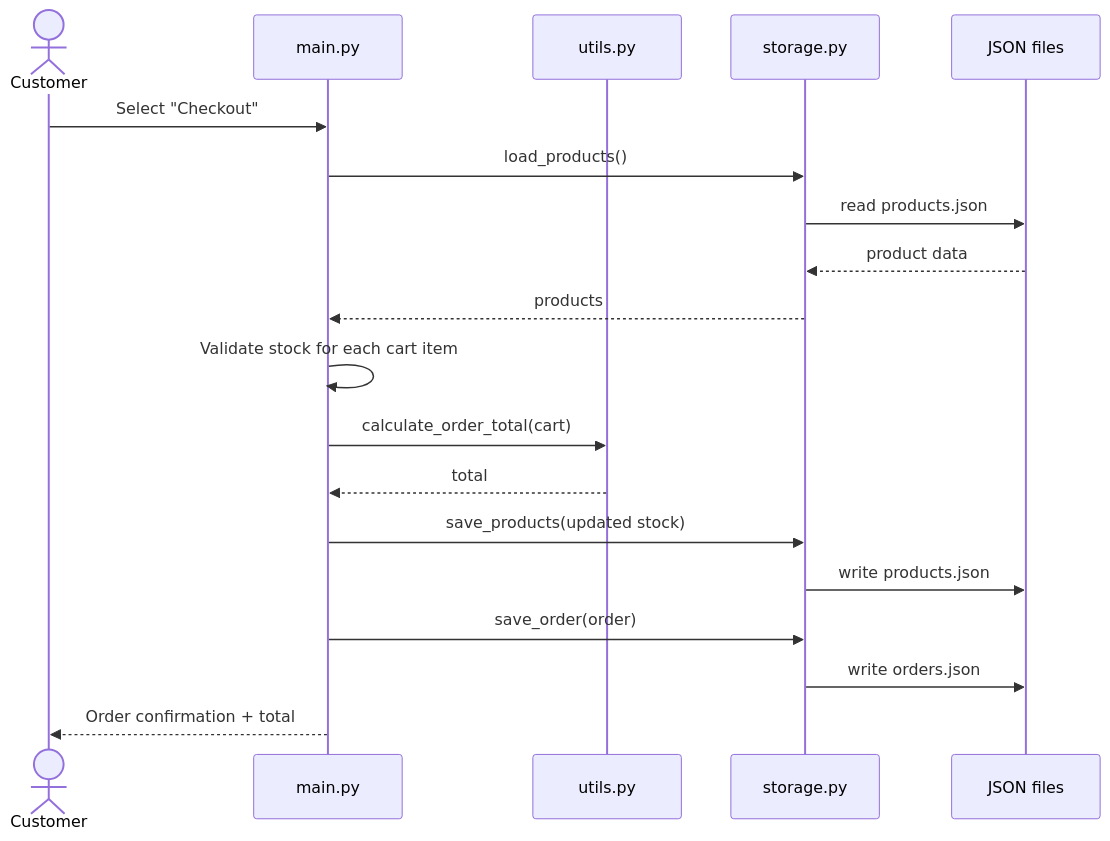
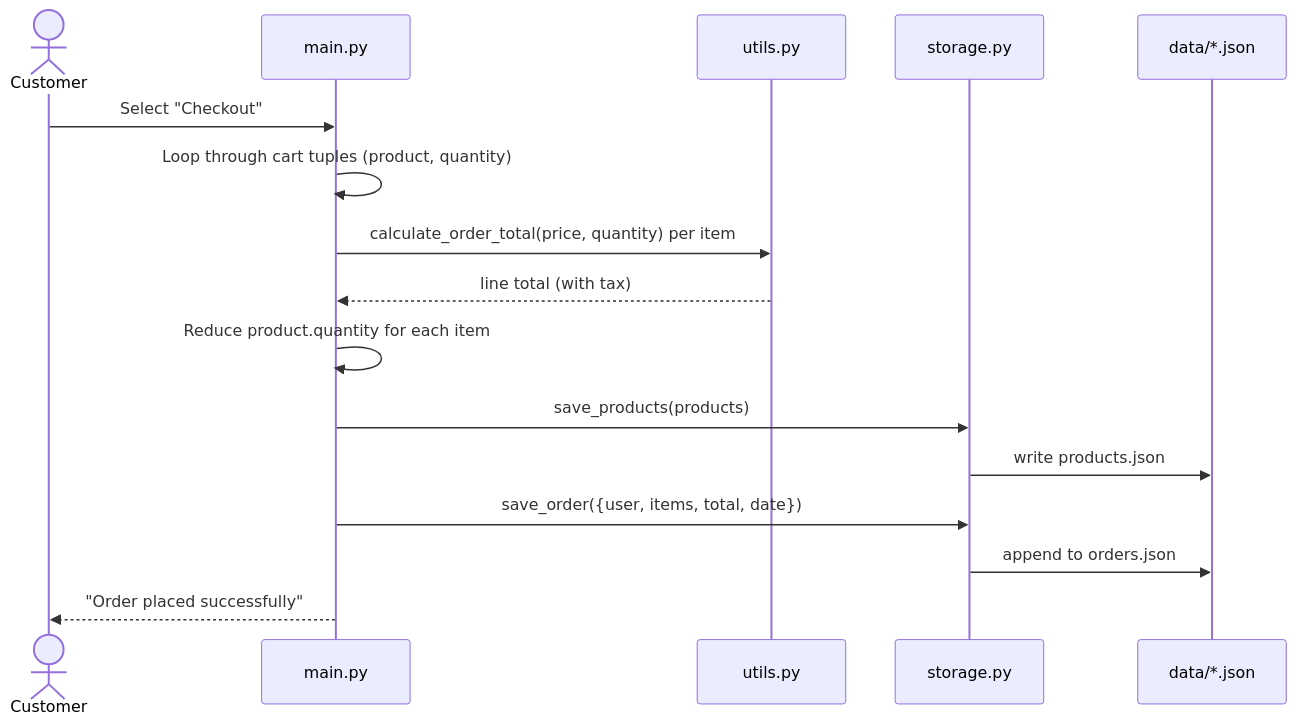
One commit to Tannu980/GreenCart changed the sixth of 8 diagrams in README.md. Above: the diagram before and after it, drawn with Mermaid. The commit also changed other lines of this file, not shown here.

````diff
--- a/README.md
+++ b/README.md
@@ -233,22 +229,19 @@
 ```mermaid
 sequenceDiagram
     actor C as Customer
     participant M as main.py
     participant U as utils.py
     participant S as storage.py
-    participant F as JSON files
+    participant F as data/*.json
 
     C->>M: Select "Checkout"
-    M->>S: load_products()
-    S->>F: read products.json
-    F-->>S: product data
-    S-->>M: products
-    M->>M: Validate stock for each cart item
-    M->>U: calculate_order_total(cart)
-    U-->>M: total
-    M->>S: save_products(updated stock)
+    M->>M: Loop through cart tuples (product, quantity)
+    M->>U: calculate_order_total(price, quantity) per item
+    U-->>M: line total (with tax)
+    M->>M: Reduce product.quantity for each item
+    M->>S: save_products(products)
     S->>F: write products.json
-    M->>S: save_order(order)
-    S->>F: write orders.json
-    M-->>C: Order confirmation + total
+    M->>S: save_order({user, items, total, date})
+    S->>F: append to orders.json
+    M-->>C: "Order placed successfully"
 ```
````
